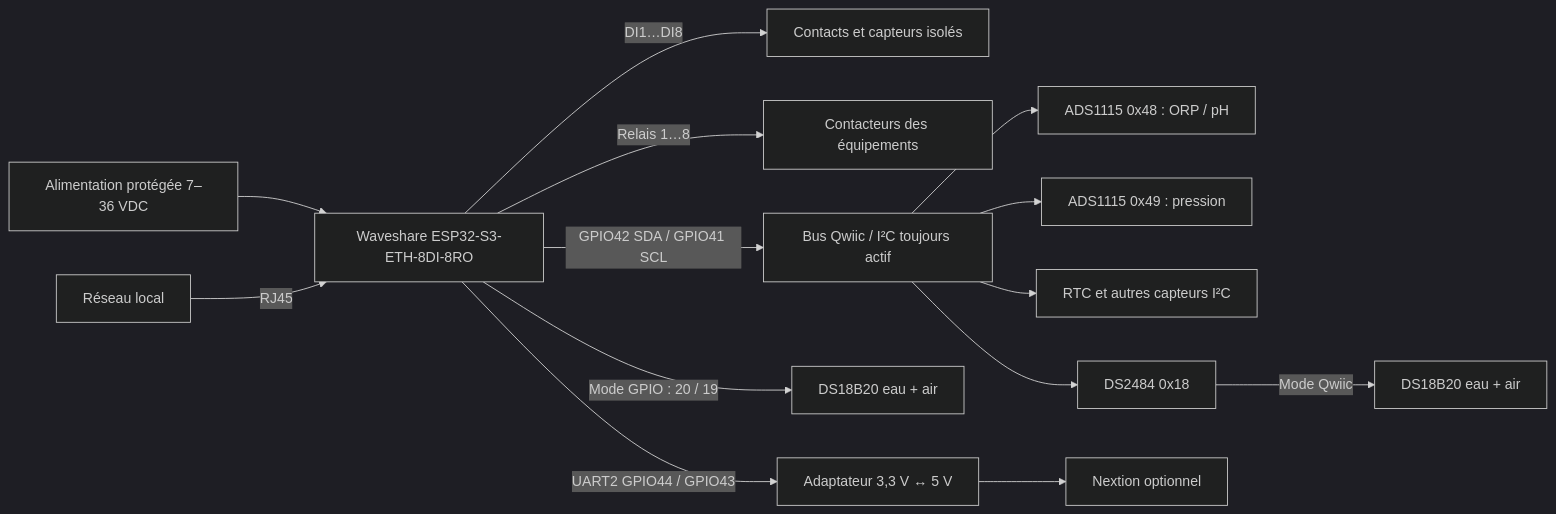
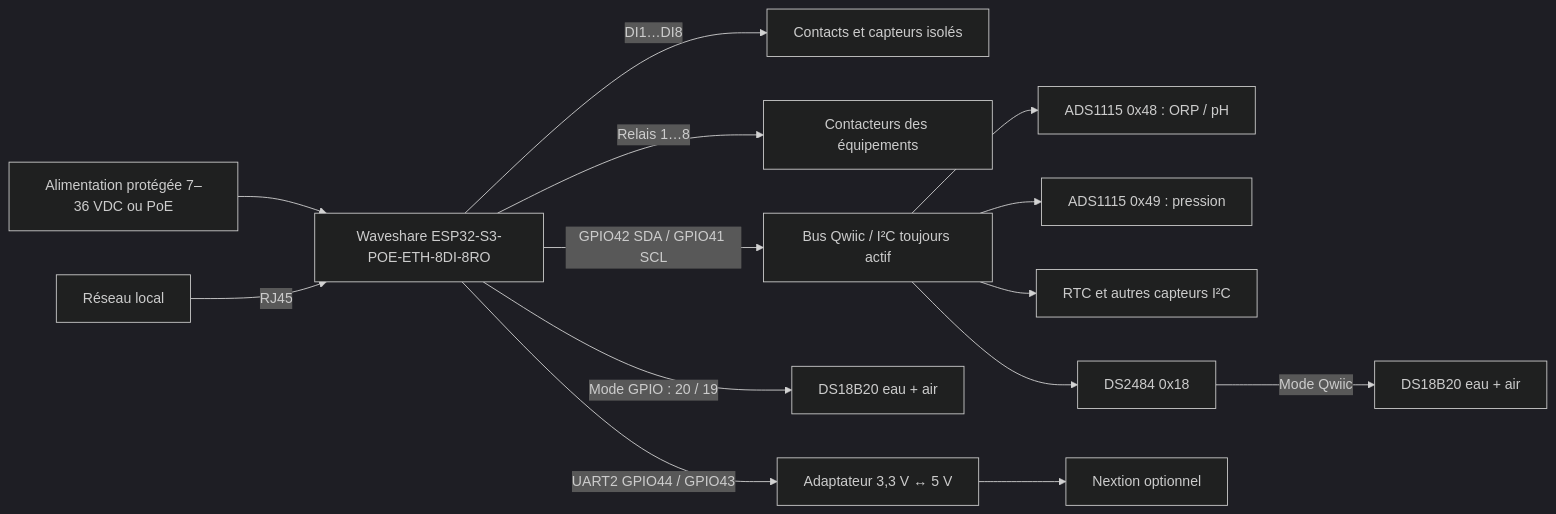
The diagram in docs/integration/schema-raccordement-waveshare.md (D-Salmon/flow.io), drawn with Mermaid (dark theme) before and after one commit. The commit also changed 8 other files, not shown here.

````diff
--- a/docs/integration/schema-raccordement-waveshare.md
+++ b/docs/integration/schema-raccordement-waveshare.md
@@ -18,16 +18,16 @@
 ```mermaid
 flowchart LR
-    PWR["Alimentation protégée 7–36 VDC"] --> W["Waveshare ESP32-S3-ETH-8DI-8RO"]
+    PWR["Alimentation protégée 7–36 VDC ou PoE"] --> W["Waveshare ESP32-S3-POE-ETH-8DI-8RO"]
     LAN["Réseau local"] -->|RJ45| W
     W -->|"DI1…DI8"| DIN["Contacts et capteurs isolés"]
     W -->|"Relais 1…8"| K["Contacteurs des équipements"]
     W -->|"GPIO42 SDA / GPIO41 SCL"| Q["Bus Qwiic / I²C toujours actif"]
     Q --> A48["ADS1115 0x48 : ORP / pH"]
     Q --> A49["ADS1115 0x49 : pression"]
     Q --> RTC["RTC et autres capteurs I²C"]
     Q --> D["DS2484 0x18"]
     D -->|"Mode Qwiic"| TQ["DS18B20 eau + air"]
     W -->|"Mode GPIO : 20 / 19"| TG["DS18B20 eau + air"]
     W -->|"UART2 GPIO44 / GPIO43"| LS["Adaptateur 3,3 V ↔ 5 V"]
     LS --> HMI["Nextion optionnel"]
 ```
````
